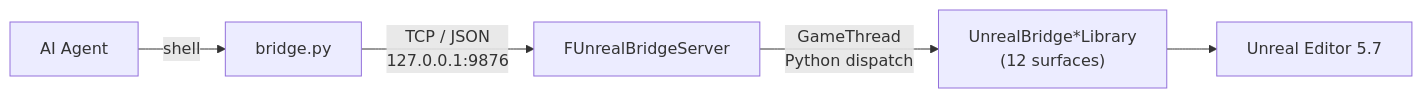
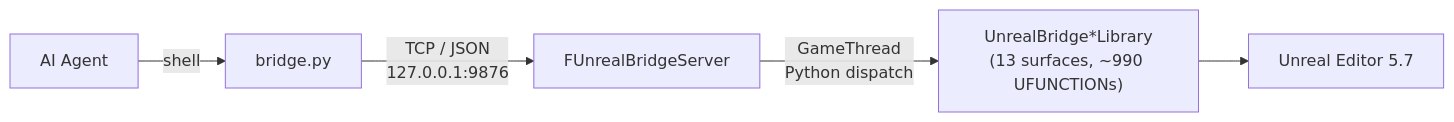
The diagram in README.md (TornLux/UnrealBridge), drawn with Mermaid before and after one commit. The commit also changed other lines of this file and 1 other file, not shown here.

````diff
--- a/README.md
+++ b/README.md
@@ -30,13 +31,13 @@
 ```mermaid
 flowchart LR
     Agent["AI Agent"]
     CLI["bridge.py"]
     Server["FUnrealBridgeServer"]
-    Libs["UnrealBridge*Library<br/>(12 surfaces)"]
+    Libs["UnrealBridge*Library<br/>(13 surfaces, ~990 UFUNCTIONs)"]
     UE["Unreal Editor 5.7"]
 
     Agent -- "shell" --> CLI
     CLI -- "TCP / JSON<br/>127.0.0.1:9876" --> Server
     Server -- "GameThread<br/>Python dispatch" --> Libs
     Libs --> UE
 ```
````
